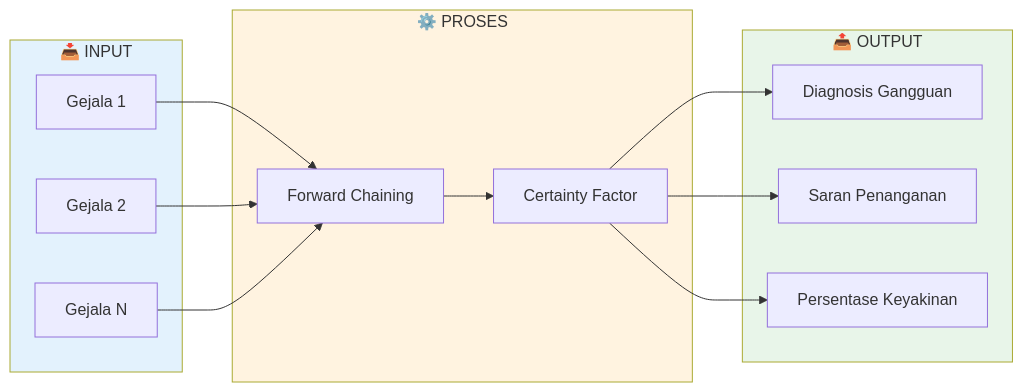
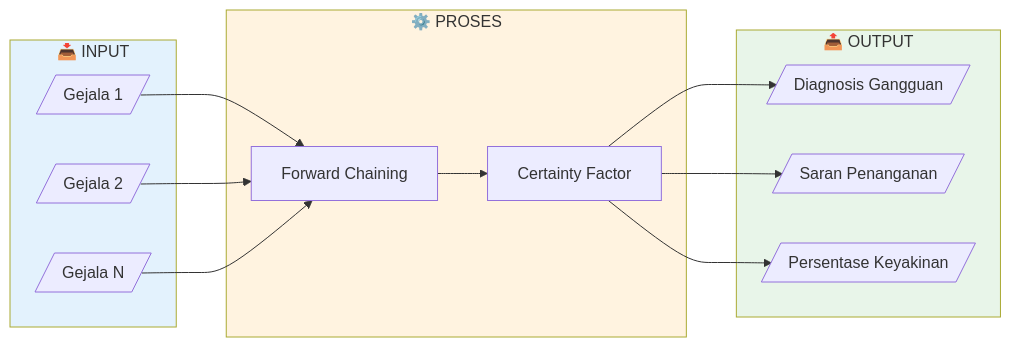
Before and after one commit to GalangPutraMaulana19/DigNet-BUG: the first of 11 diagrams in docs/USER_MANUAL.md, drawn with Mermaid. The commit also changed other lines of this file, not shown here.

Commit message:
Fix flowchart symbols to use standard shapes (parallelogram for I/O, stadium for terminator, etc.)

````diff
--- a/docs/USER_MANUAL.md
+++ b/docs/USER_MANUAL.md
@@ -32,31 +32,31 @@
 ```mermaid
 flowchart LR
     subgraph Input["📥 INPUT"]
-        G1[Gejala 1]
-        G2[Gejala 2]
-        G3[Gejala N]
+        G1[/Gejala 1/]
+        G2[/Gejala 2/]
+        G3[/Gejala N/]
     end
     
     subgraph Process["⚙️ PROSES"]
         FC[Forward Chaining]
         CF[Certainty Factor]
     end
     
     subgraph Output["📤 OUTPUT"]
-        D[Diagnosis Gangguan]
-        S[Saran Penanganan]
-        P[Persentase Keyakinan]
+        D[/Diagnosis Gangguan/]
+        S[/Saran Penanganan/]
+        P[/Persentase Keyakinan/]
     end
     
     G1 --> FC
     G2 --> FC
     G3 --> FC
     FC --> CF
     CF --> D
     CF --> S
     CF --> P
     
     style Input fill:#e3f2fd
     style Process fill:#fff3e0
     style Output fill:#e8f5e9
 ```
````
